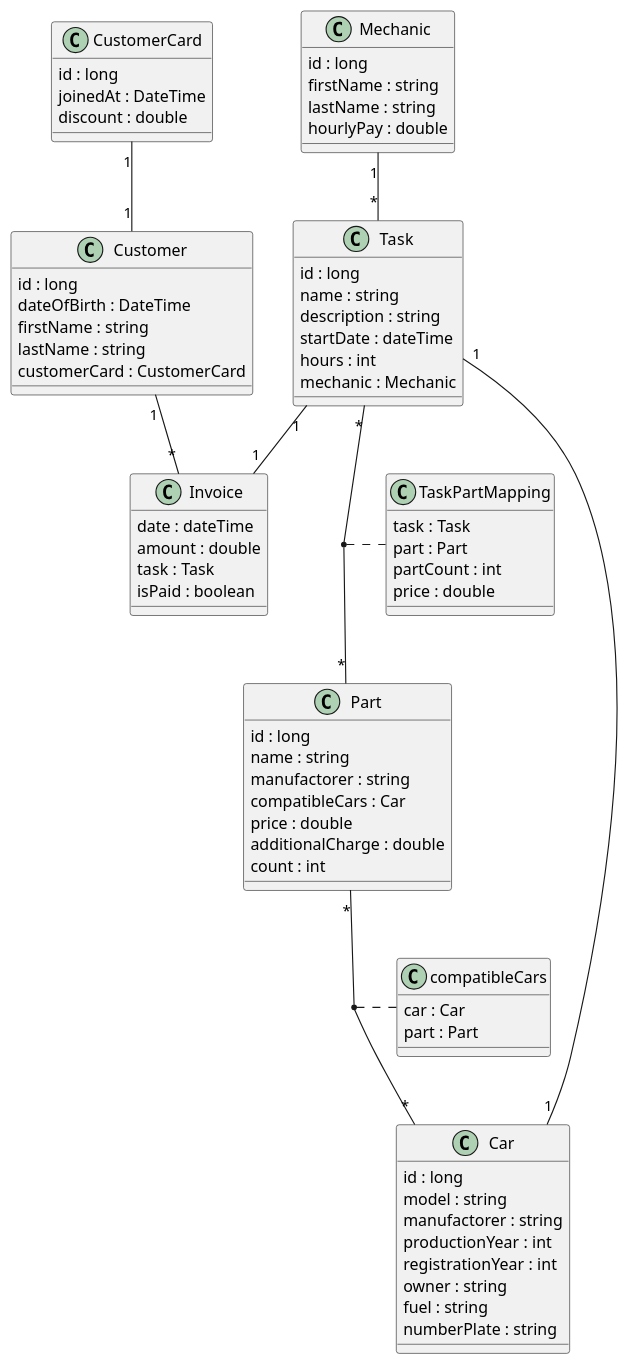
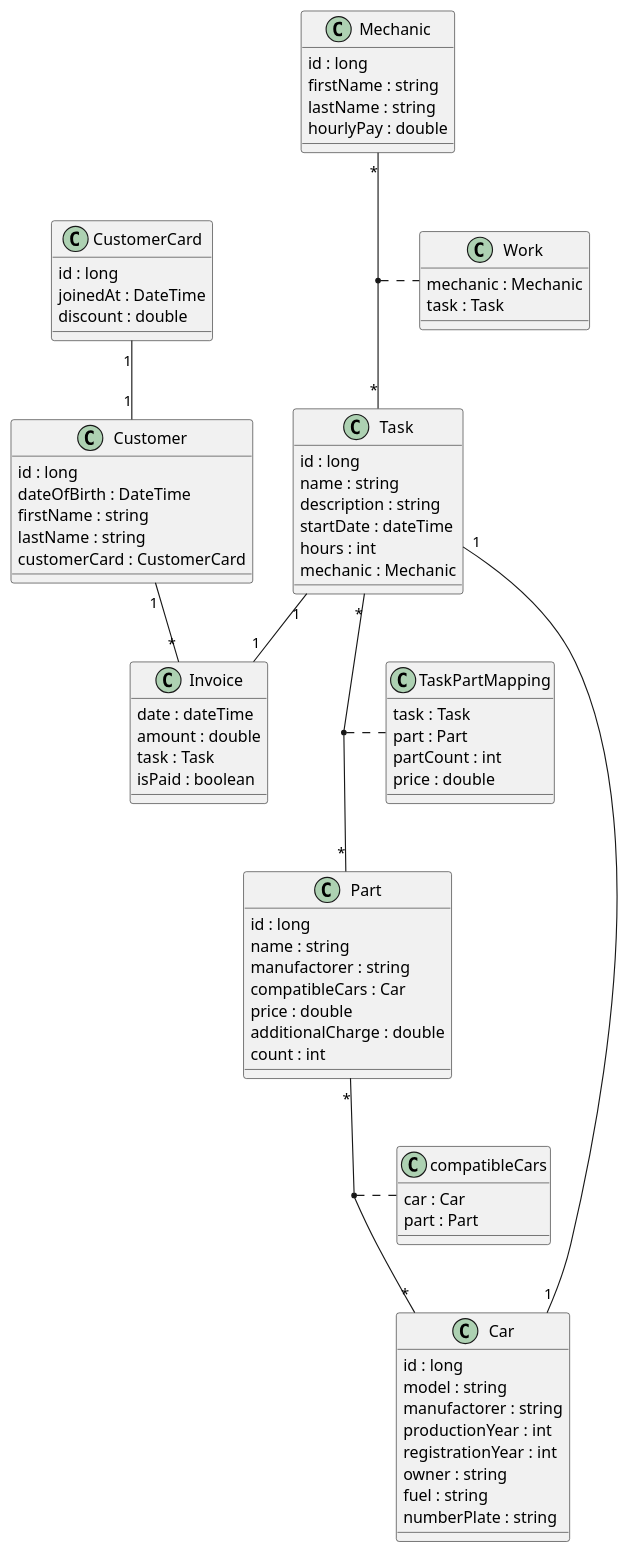
One commit to oliver-420/Workshop-System changed the diagram in documents/cld.adoc. Above: the diagram before and after it, drawn with PlantUML. The commit also changed 1 other file, not shown here.

Commit message:
updated cld and cr statments

```diff
--- a/documents/cld.adoc
+++ b/documents/cld.adoc
@@ -74,10 +74,16 @@
     price : double
 }
 
+class Work {
+    mechanic : Mechanic
+    task : Task
+}
+
 Part "*" -- "*" Car
 (Car, Part) .. compatibleCars
 CustomerCard "1" -- "1" Customer
-Mechanic "1" -- "*" Task
+Mechanic "*" -- "*" Task
+(Mechanic, Task) .. Work
 Task "*" -- "*" Part
 (Task, Part) .. TaskPartMapping
 Task "1"--"1" Invoice
```
